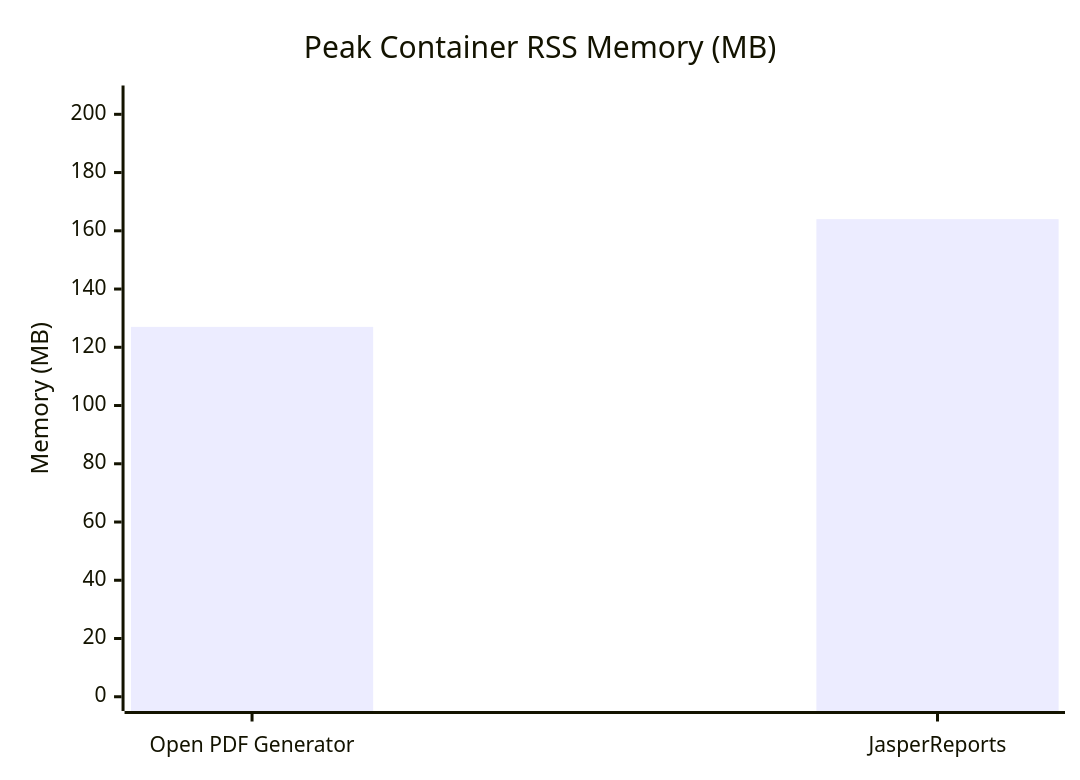
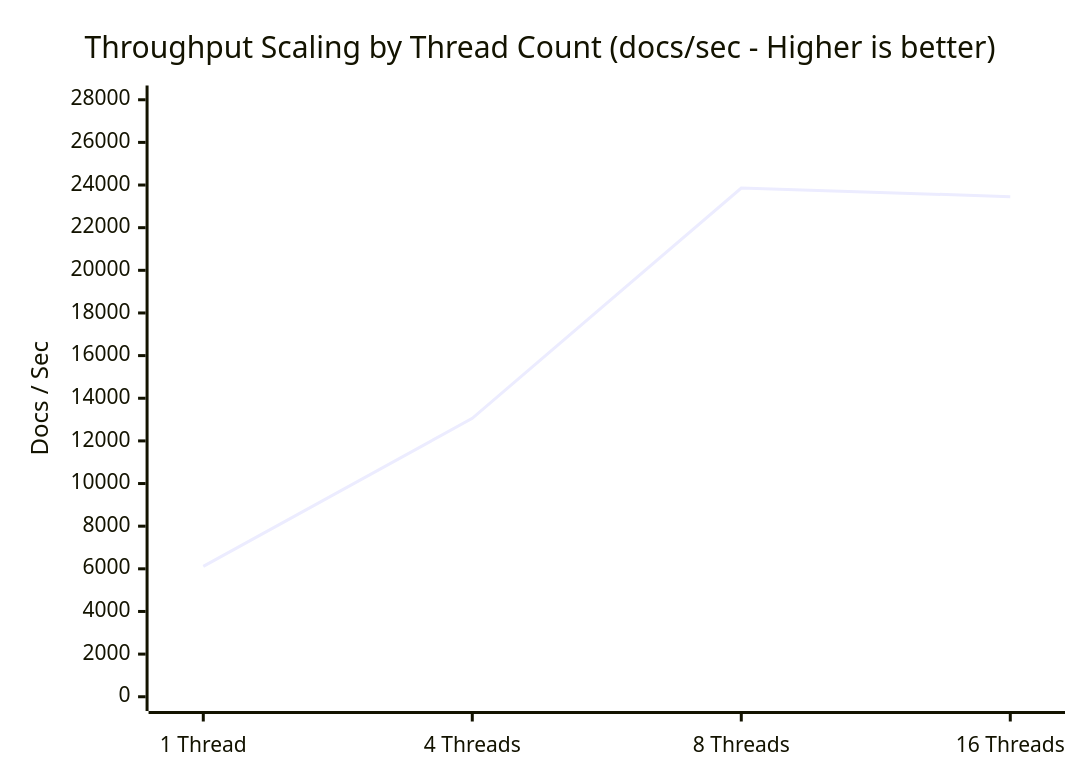
Before and after one commit to adilsoncruz/open-pdf-generator: the second of 3 diagrams in docs/lib/benchmark.md, drawn with Mermaid. The commit also changed other lines of this file and 3 other files, not shown here.

````diff
--- a/docs/lib/benchmark.md
+++ b/docs/lib/benchmark.md
@@ -120,7 +78,7 @@
 ```mermaid
 xychart-beta
-    title "Peak Container RSS Memory (MB)"
-    x-axis ["Open PDF Generator", "JasperReports"]
-    y-axis "Memory (MB)" 0 --> 205
-    bar [127, 164]
+    title "Throughput Scaling by Thread Count (docs/sec - Higher is better)"
+    x-axis ["1 Thread", "4 Threads", "8 Threads", "16 Threads"]
+    y-axis "Docs / Sec" 0 --> 28000
+    line [6115, 13059, 23860, 23455]
 ```
````
